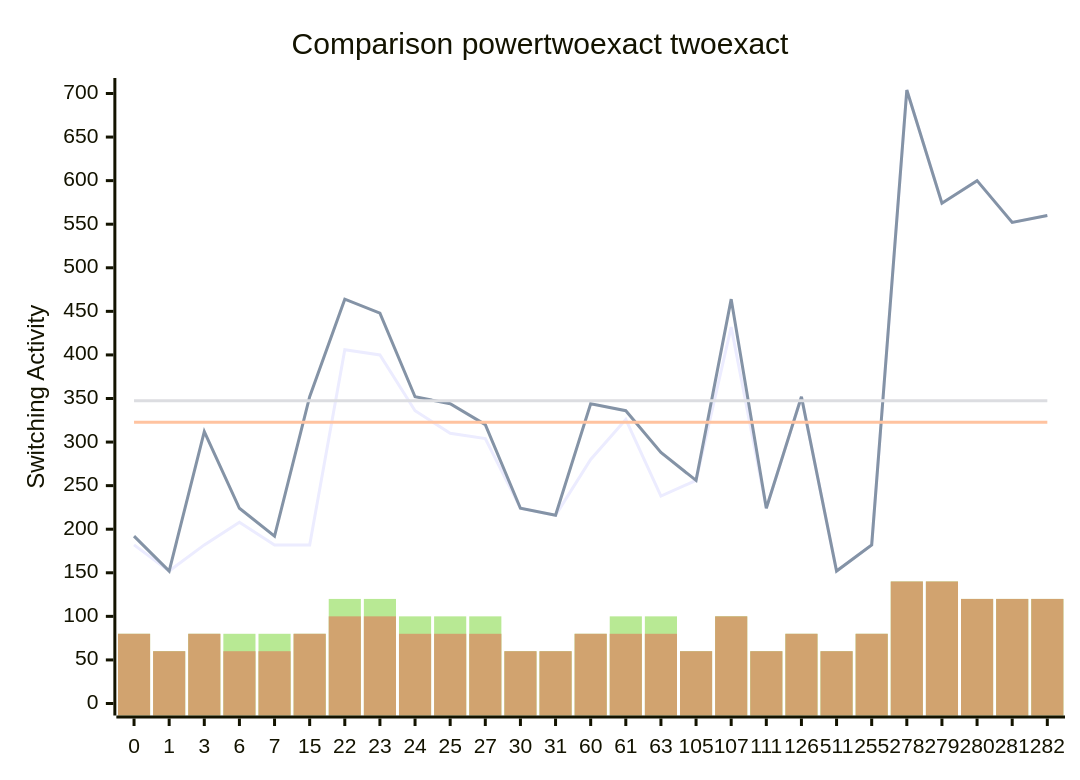
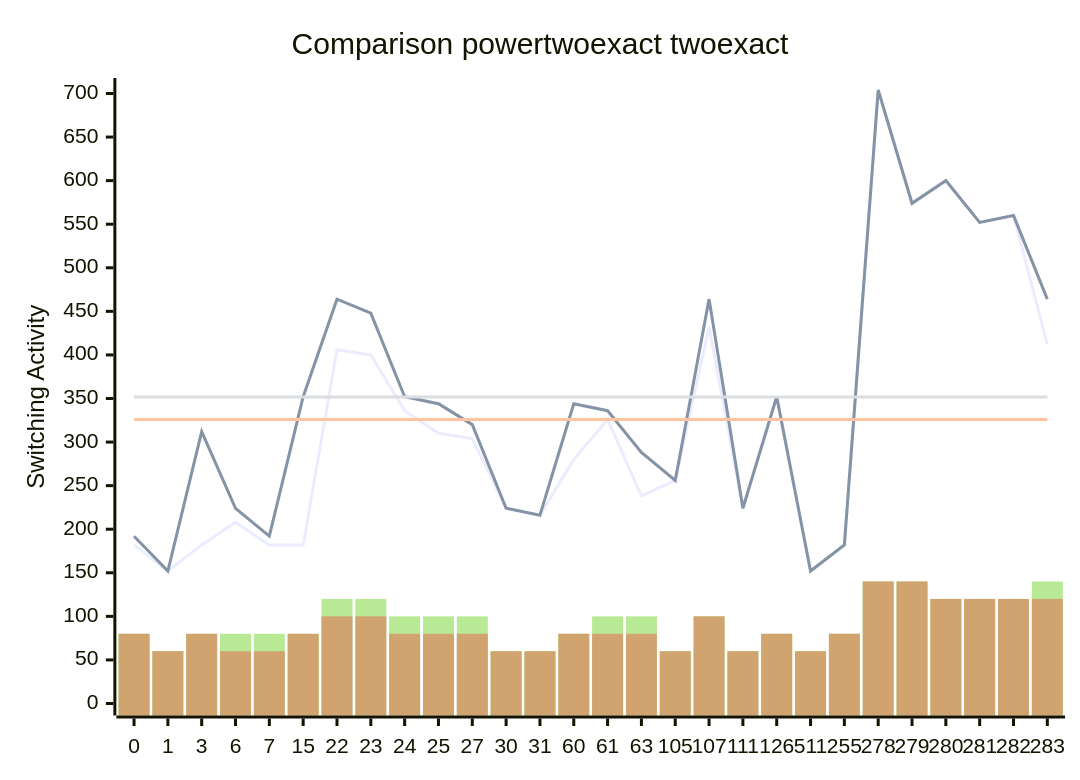
One commit to FeldmeierMichael/Exact-Power-Synthesis changed the diagram in benchmark_opt_500.md. Above: the diagram before and after it, drawn with Mermaid. The commit also changed other lines of this file, not shown here.

````diff
--- a/benchmark_opt_500.md
+++ b/benchmark_opt_500.md
@@ -55,12 +57,12 @@
 ```mermaid
 xychart-beta
     title "Comparison powertwoexact twoexact"
-    x-axis [0, 1, 3, 6, 7, 15, 22, 23, 24, 25, 27, 30, 31, 60, 61, 63, 105, 107, 111, 126, 511, 255, 278, 279, 280, 281, 282]
+    x-axis [0, 1, 3, 6, 7, 15, 22, 23, 24, 25, 27, 30, 31, 60, 61, 63, 105, 107, 111, 126, 511, 255, 278, 279, 280, 281, 282, 283]
     y-axis "Switching Activity" 0-->704
-    line [182, 152, 182, 208, 182, 182, 406, 400, 336, 310, 304, 224, 216, 280, 326, 238, 256, 432, 224, 352, 152, 182, 704, 574, 600, 552, 560]
-    line [192, 152, 312, 224, 192, 352, 464, 448, 352, 344, 320, 224, 216, 344, 336, 288, 256, 464, 224, 352, 152, 182, 704, 574, 600, 552, 560]
-    line [322.81481481481484, 322.81481481481484, 322.81481481481484, 322.81481481481484, 322.81481481481484, 322.81481481481484, 322.81481481481484, 322.81481481481484, 322.81481481481484, 322.81481481481484, 322.81481481481484, 322.81481481481484, 322.81481481481484, 322.81481481481484, 322.81481481481484, 322.81481481481484, 322.81481481481484, 322.81481481481484, 322.81481481481484, 322.81481481481484, 322.81481481481484, 322.81481481481484, 322.81481481481484, 322.81481481481484, 322.81481481481484, 322.81481481481484, 322.81481481481484]
-    line [347.4074074074074, 347.4074074074074, 347.4074074074074, 347.4074074074074, 347.4074074074074, 347.4074074074074, 347.4074074074074, 347.4074074074074, 347.4074074074074, 347.4074074074074, 347.4074074074074, 347.4074074074074, 347.4074074074074, 347.4074074074074, 347.4074074074074, 347.4074074074074, 347.4074074074074, 347.4074074074074, 347.4074074074074, 347.4074074074074, 347.4074074074074, 347.4074074074074, 347.4074074074074, 347.4074074074074, 347.4074074074074, 347.4074074074074, 347.4074074074074]
-    bar [80, 60, 80, 80, 80, 80, 120, 120, 100, 100, 100, 60, 60, 80, 100, 100, 60, 100, 60, 80, 60, 80, 140, 140, 120, 120, 120]
-    bar [80, 60, 80, 60, 60, 80, 100, 100, 80, 80, 80, 60, 60, 80, 80, 80, 60, 100, 60, 80, 60, 80, 140, 140, 120, 120, 120]
+    line [182, 152, 182, 208, 182, 182, 406, 400, 336, 310, 304, 224, 216, 280, 326, 238, 256, 432, 224, 352, 152, 182, 704, 574, 600, 552, 560, 412]
+    line [192, 152, 312, 224, 192, 352, 464, 448, 352, 344, 320, 224, 216, 344, 336, 288, 256, 464, 224, 352, 152, 182, 704, 574, 600, 552, 560, 464]
+    line [326.0, 326.0, 326.0, 326.0, 326.0, 326.0, 326.0, 326.0, 326.0, 326.0, 326.0, 326.0, 326.0, 326.0, 326.0, 326.0, 326.0, 326.0, 326.0, 326.0, 326.0, 326.0, 326.0, 326.0, 326.0, 326.0, 326.0, 326.0]
+    line [351.57142857142856, 351.57142857142856, 351.57142857142856, 351.57142857142856, 351.57142857142856, 351.57142857142856, 351.57142857142856, 351.57142857142856, 351.57142857142856, 351.57142857142856, 351.57142857142856, 351.57142857142856, 351.57142857142856, 351.57142857142856, 351.57142857142856, 351.57142857142856, 351.57142857142856, 351.57142857142856, 351.57142857142856, 351.57142857142856, 351.57142857142856, 351.57142857142856, 351.57142857142856, 351.57142857142856, 351.57142857142856, 351.57142857142856, 351.57142857142856, 351.57142857142856]
+    bar [80, 60, 80, 80, 80, 80, 120, 120, 100, 100, 100, 60, 60, 80, 100, 100, 60, 100, 60, 80, 60, 80, 140, 140, 120, 120, 120, 140]
+    bar [80, 60, 80, 60, 60, 80, 100, 100, 80, 80, 80, 60, 60, 80, 80, 80, 60, 100, 60, 80, 60, 80, 140, 140, 120, 120, 120, 120]
 ```
````
